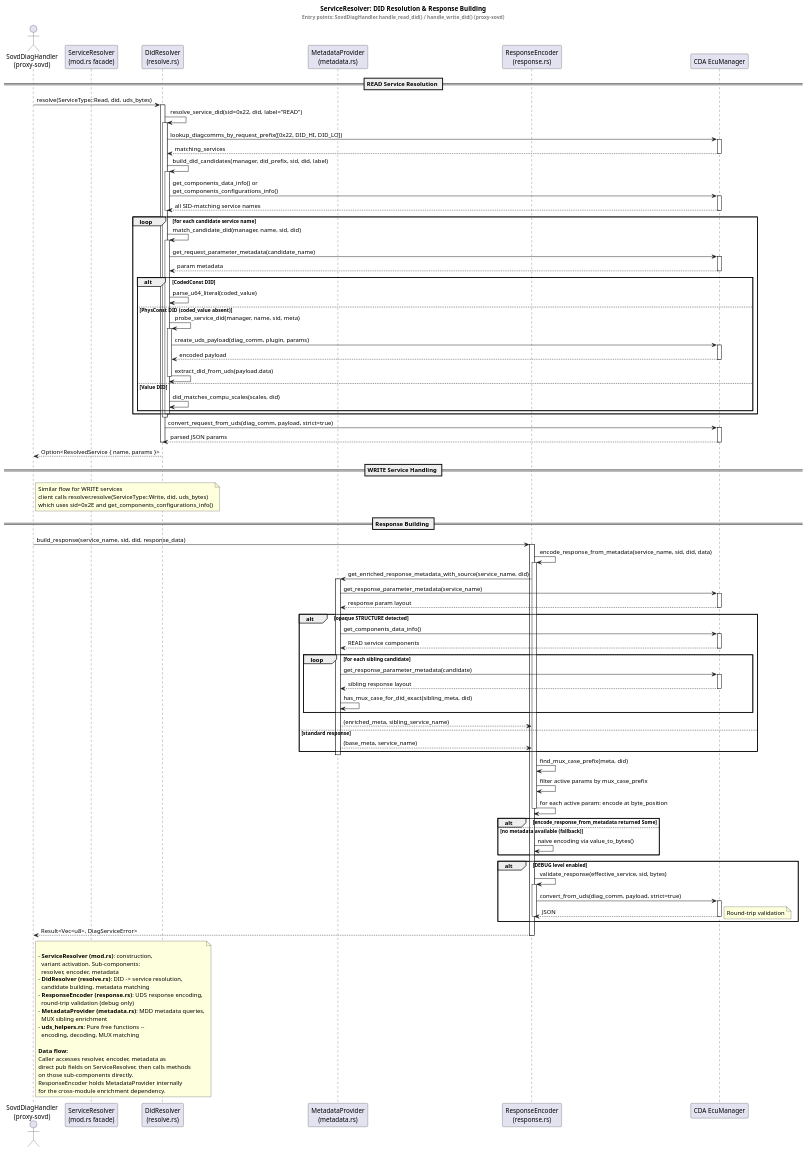
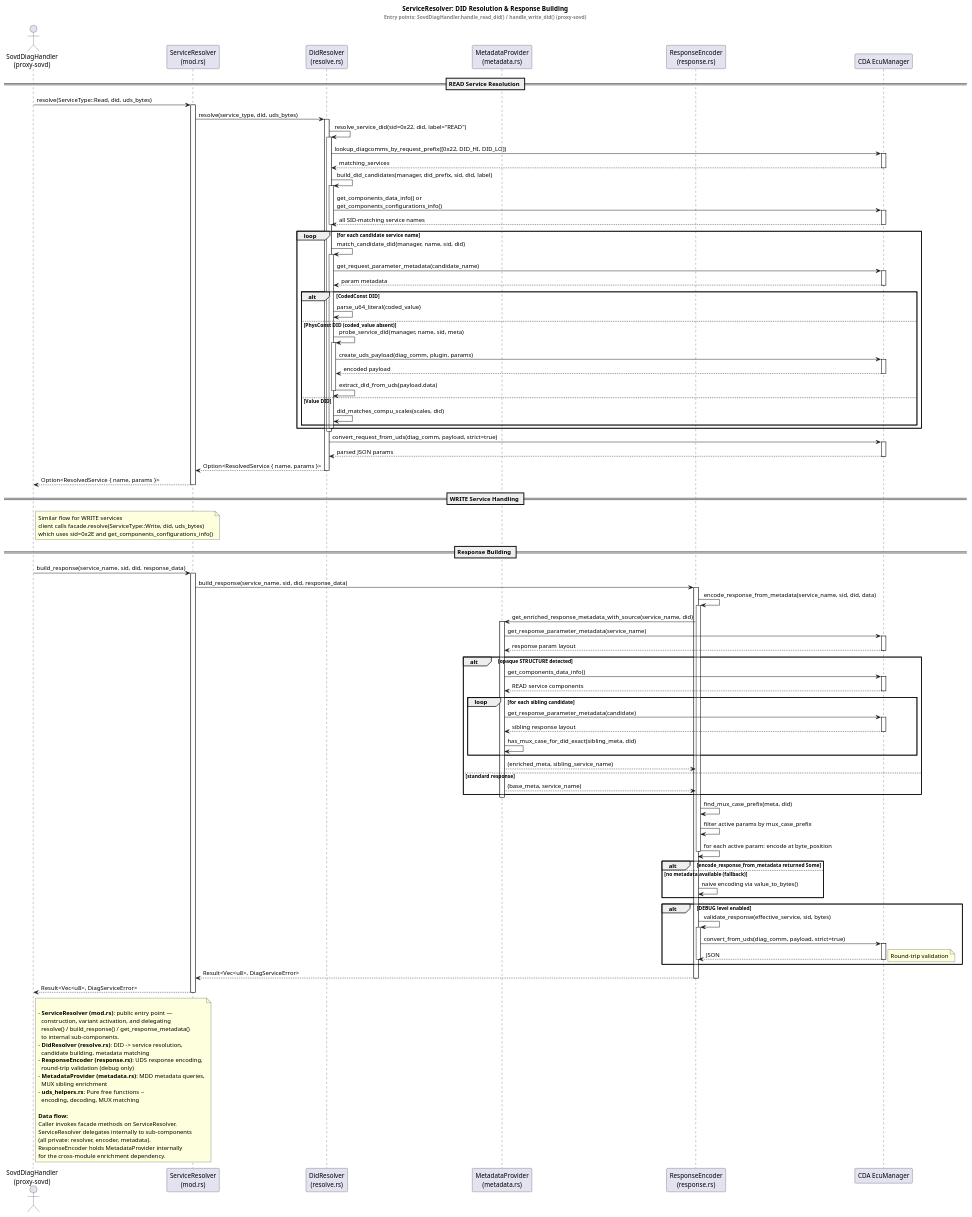
Before and after one commit to arvindr19/uds2sovd-proxy: the diagram in docs/service_resolver/service_resolver_sequence_diagram.puml, drawn with PlantUML. The commit also changed 10 other files, not shown here.

Commit message:
refactor: encapsulate ServiceResolver internals behind facade methods

```diff
--- a/docs/service_resolver/service_resolver_sequence_diagram.puml
+++ b/docs/service_resolver/service_resolver_sequence_diagram.puml
@@ -11,164 +11,175 @@
 @startuml ServiceResolver Sequence Diagram
 
 title ServiceResolver: DID Resolution & Response Building\n<size:11><color:gray>Entry points: SovdDiagHandler.handle_read_did() / handle_write_did() (proxy-sovd)</color></size>
 
 actor "SovdDiagHandler\n(proxy-sovd)" as Client
-participant "ServiceResolver\n(mod.rs facade)" as Facade
+participant "ServiceResolver\n(mod.rs)" as Facade
 participant "DidResolver\n(resolve.rs)" as Resolver
 participant "MetadataProvider\n(metadata.rs)" as Meta
 participant "ResponseEncoder\n(response.rs)" as Resp
 participant "CDA EcuManager" as CDA
 
 == READ Service Resolution ==
 
-Client -> Resolver: resolve(ServiceType::Read, did, uds_bytes)
-activate Resolver
+Client -> Facade: resolve(ServiceType::Read, did, uds_bytes)
+activate Facade
 
-  Resolver -> Resolver: resolve_service_did(sid=0x22, did, label="READ")
+  Facade -> Resolver: resolve(service_type, did, uds_bytes)
   activate Resolver
 
-    Resolver -> CDA: lookup_diagcomms_by_request_prefix([0x22, DID_HI, DID_LO])
+    Resolver -> Resolver: resolve_service_did(sid=0x22, did, label="READ")
+    activate Resolver
+
+      Resolver -> CDA: lookup_diagcomms_by_request_prefix([0x22, DID_HI, DID_LO])
+      activate CDA
+      CDA --> Resolver: matching_services
+      deactivate CDA
+
+      Resolver -> Resolver: build_did_candidates(manager, did_prefix, sid, did, label)
+      activate Resolver
+      Resolver -> CDA: get_components_data_info() or\nget_components_configurations_info()
+      activate CDA
+      CDA --> Resolver: all SID-matching service names
+      deactivate CDA
+      deactivate Resolver
+
+      loop for each candidate service name
+        Resolver -> Resolver: match_candidate_did(manager, name, sid, did)
+        activate Resolver
+
+        Resolver -> CDA: get_request_parameter_metadata(candidate_name)
+        activate CDA
+        CDA --> Resolver: param metadata
+        deactivate CDA
+
+        alt CodedConst DID
+          Resolver -> Resolver: parse_u64_literal(coded_value)
+        else PhysConst DID (coded_value absent)
+          Resolver -> Resolver: probe_service_did(manager, name, sid, meta)
+          activate Resolver
+          Resolver -> CDA: create_uds_payload(diag_comm, plugin, params)
+          activate CDA
+          CDA --> Resolver: encoded payload
+          deactivate CDA
+          Resolver -> Resolver: extract_did_from_uds(payload.data)
+          deactivate Resolver
+        else Value DID
+          Resolver -> Resolver: did_matches_compu_scales(scales, did)
+        end
+
+        deactivate Resolver
+      end
+
+    deactivate Resolver
+
+    Resolver -> CDA: convert_request_from_uds(diag_comm, payload, strict=true)
     activate CDA
-    CDA --> Resolver: matching_services
+    CDA --> Resolver: parsed JSON params
     deactivate CDA
 
-    Resolver -> Resolver: build_did_candidates(manager, did_prefix, sid, did, label)
-    activate Resolver
-    Resolver -> CDA: get_components_data_info() or\nget_components_configurations_info()
-    activate CDA
-    CDA --> Resolver: all SID-matching service names
-    deactivate CDA
-    deactivate Resolver
-
-    loop for each candidate service name
-      Resolver -> Resolver: match_candidate_did(manager, name, sid, did)
-      activate Resolver
-
-      Resolver -> CDA: get_request_parameter_metadata(candidate_name)
-      activate CDA
-      CDA --> Resolver: param metadata
-      deactivate CDA
-
-      alt CodedConst DID
-        Resolver -> Resolver: parse_u64_literal(coded_value)
-      else PhysConst DID (coded_value absent)
-        Resolver -> Resolver: probe_service_did(manager, name, sid, meta)
-        activate Resolver
-        Resolver -> CDA: create_uds_payload(diag_comm, plugin, params)
-        activate CDA
-        CDA --> Resolver: encoded payload
-        deactivate CDA
-        Resolver -> Resolver: extract_did_from_uds(payload.data)
-        deactivate Resolver
-      else Value DID
-        Resolver -> Resolver: did_matches_compu_scales(scales, did)
-      end
-
-      deactivate Resolver
-    end
-
+  Resolver --> Facade: Option<ResolvedService { name, params }>
   deactivate Resolver
 
-  Resolver -> CDA: convert_request_from_uds(diag_comm, payload, strict=true)
-  activate CDA
-  CDA --> Resolver: parsed JSON params
-  deactivate CDA
-
-deactivate Resolver
-
-Resolver --> Client: Option<ResolvedService { name, params }>
-deactivate Resolver
+Facade --> Client: Option<ResolvedService { name, params }>
+deactivate Facade
 
 == WRITE Service Handling ==
 
 note right of Client
   Similar flow for WRITE services
-  client calls resolver.resolve(ServiceType::Write, did, uds_bytes)
+  client calls facade.resolve(ServiceType::Write, did, uds_bytes)
   which uses sid=0x2E and get_components_configurations_info()
 end note
 
 == Response Building ==
 
-Client -> Resp: build_response(service_name, sid, did, response_data)
-activate Resp
+Client -> Facade: build_response(service_name, sid, did, response_data)
+activate Facade
+
+  Facade -> Resp: build_response(service_name, sid, did, response_data)
+  activate Resp
 
   Resp -> Resp: encode_response_from_metadata(service_name, sid, did, data)
   activate Resp
 
     Resp -> Meta: get_enriched_response_metadata_with_source(service_name, did)
     activate Meta
 
     Meta -> CDA: get_response_parameter_metadata(service_name)
     activate CDA
     CDA --> Meta: response param layout
     deactivate CDA
 
     alt opaque STRUCTURE detected
       Meta -> CDA: get_components_data_info()
       activate CDA
       CDA --> Meta: READ service components
       deactivate CDA
 
       loop for each sibling candidate
         Meta -> CDA: get_response_parameter_metadata(candidate)
         activate CDA
         CDA --> Meta: sibling response layout
         deactivate CDA
         Meta -> Meta: has_mux_case_for_did_exact(sibling_meta, did)
       end
 
       Meta --> Resp: (enriched_meta, sibling_service_name)
     else standard response
       Meta --> Resp: (base_meta, service_name)
     end
 
     deactivate Meta
 
     Resp -> Resp: find_mux_case_prefix(meta, did)
     Resp -> Resp: filter active params by mux_case_prefix
     Resp -> Resp: for each active param: encode at byte_position
 
   deactivate Resp
 
 alt encode_response_from_metadata returned Some
 else no metadata available (fallback)
   Resp -> Resp: naive encoding via value_to_bytes()
 end
 
 alt DEBUG level enabled
   Resp -> Resp: validate_response(effective_service, sid, bytes)
   activate Resp
   Resp -> CDA: convert_from_uds(diag_comm, payload, strict=true)
   activate CDA
   CDA --> Resp: JSON
   deactivate CDA
   note right: Round-trip validation
   deactivate Resp
 end
 
-Resp --> Client: Result<Vec<u8>, DiagServiceError>
+Resp --> Facade: Result<Vec<u8>, DiagServiceError>
 deactivate Resp
+
+Facade --> Client: Result<Vec<u8>, DiagServiceError>
+deactivate Facade
 
 note right of Client
 
-  - **ServiceResolver (mod.rs)**: construction,
-    variant activation. Sub-components:
-    resolver, encoder, metadata
+  - **ServiceResolver (mod.rs)**: public entry point —
+    construction, variant activation, and delegating
+    resolve() / build_response() / get_response_metadata()
+    to internal sub-components.
   - **DidResolver (resolve.rs)**: DID -> service resolution,
     candidate building, metadata matching
   - **ResponseEncoder (response.rs)**: UDS response encoding,
     round-trip validation (debug only)
   - **MetadataProvider (metadata.rs)**: MDD metadata queries,
     MUX sibling enrichment
   - **uds_helpers.rs**: Pure free functions --
     encoding, decoding, MUX matching
 
   **Data flow:**
-  Caller accesses resolver, encoder, metadata as
-  direct pub fields on ServiceResolver, then calls methods
-  on those sub-components directly.
+  Caller invokes facade methods on ServiceResolver.
+  ServiceResolver delegates internally to sub-components
+  (all private: resolver, encoder, metadata).
   ResponseEncoder holds MetadataProvider internally
   for the cross-module enrichment dependency.
 end note
 
 @enduml
```
